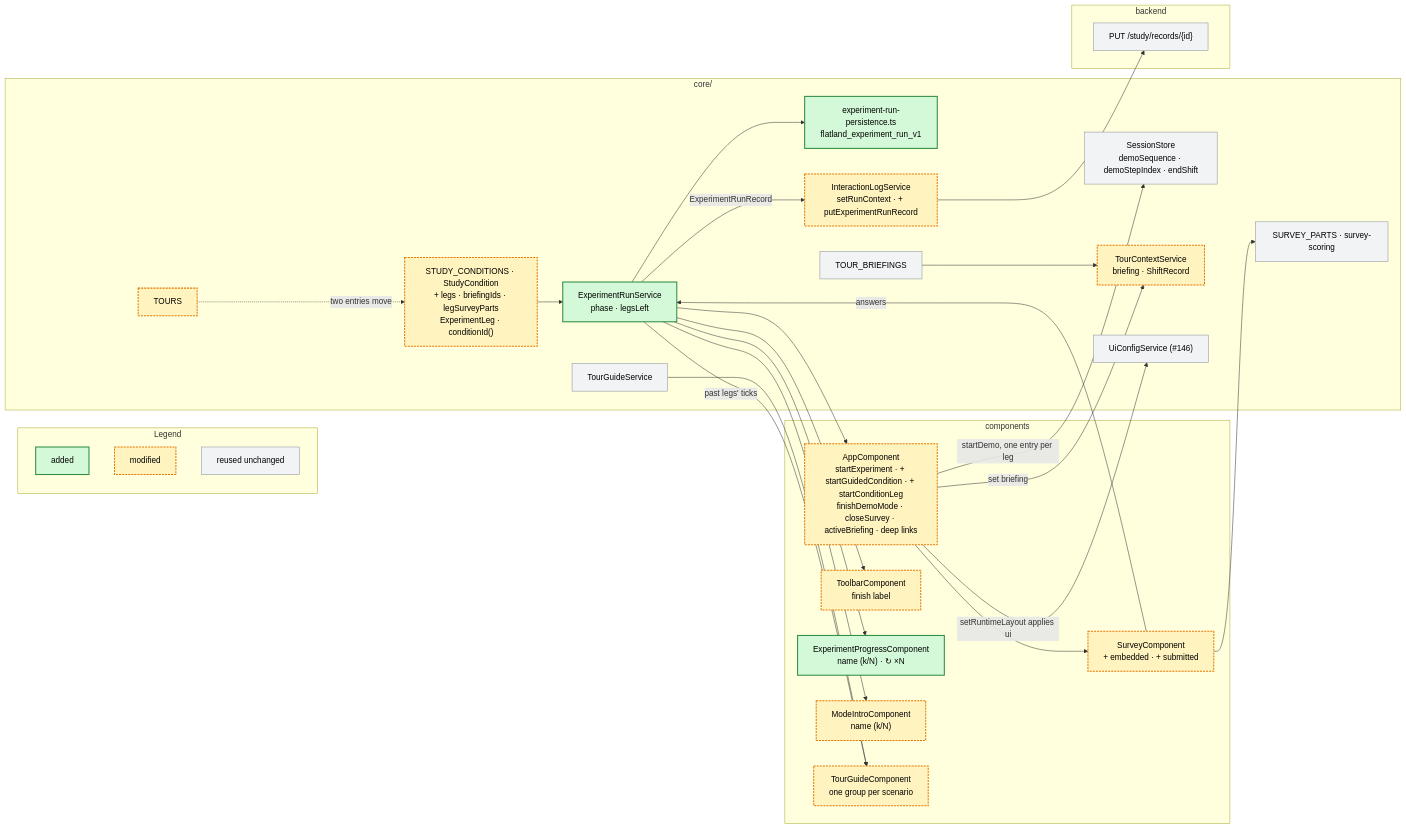
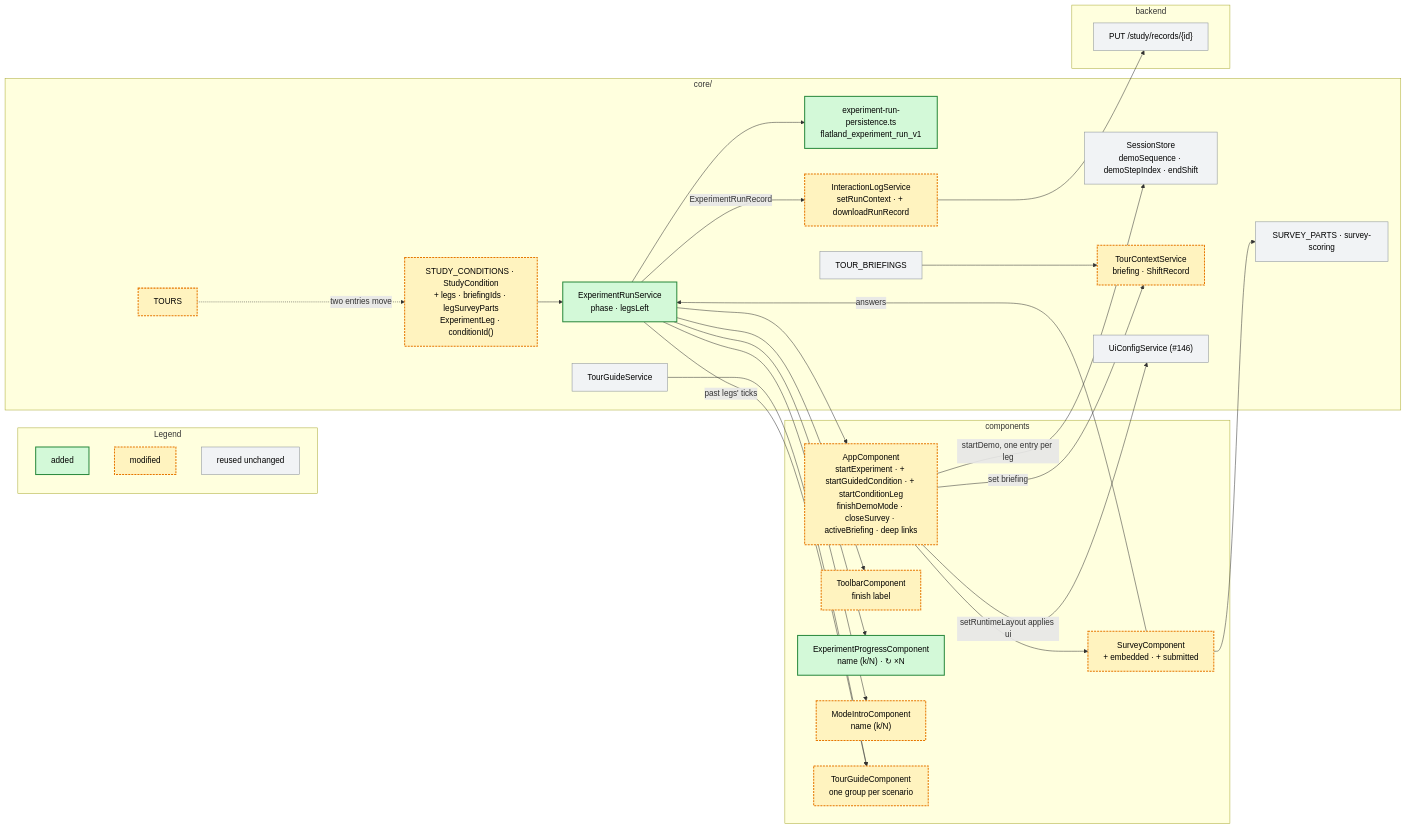
Before and after one commit to flatland-association/flatland-ui-hub: the third of 3 diagrams in docs/plans/experiment-workflow.md, drawn with Mermaid. The commit also changed other lines of this file and 34 other files, not shown here.

````diff
--- a/docs/plans/experiment-workflow.md
+++ b/docs/plans/experiment-workflow.md
@@ -578,77 +578,77 @@
 ```mermaid
 flowchart LR
   subgraph legend [Legend]
     direction TB
     LA[added]
     LM[modified]
     LU[reused unchanged]
   end
 
   subgraph core [core/]
     Cond["STUDY_CONDITIONS · StudyCondition<br/>+ legs · briefingIds · legSurveyParts<br/>ExperimentLeg · conditionId()"]
     Run["ExperimentRunService<br/>phase · legsLeft"]
     Persist["experiment-run-persistence.ts<br/>flatland_experiment_run_v1"]
-    Log["InteractionLogService<br/>setRunContext · + putExperimentRunRecord"]
+    Log["InteractionLogService<br/>setRunContext · + downloadRunRecord"]
     Store["SessionStore<br/>demoSequence · demoStepIndex · endShift"]
     Ctx["TourContextService<br/>briefing · ShiftRecord"]
     Guide["TourGuideService"]
     Briefings["TOUR_BRIEFINGS"]
     Surveys["SURVEY_PARTS · survey-scoring"]
     UiCfg["UiConfigService (#146)"]
     Tours["TOURS"]
   end
 
   subgraph ui [components]
     App["AppComponent<br/>startExperiment · + startGuidedCondition · + startConditionLeg<br/>finishDemoMode · closeSurvey · activeBriefing · deep links"]
     Toolbar["ToolbarComponent<br/>finish label"]
     Progress["ExperimentProgressComponent<br/>name (k/N) · ↻ ×N"]
     Survey["SurveyComponent<br/>+ embedded · + submitted"]
     Intro["ModeIntroComponent<br/>name (k/N)"]
     GuideUi["TourGuideComponent<br/>one group per scenario"]
   end
 
   subgraph be [backend]
     Sink["PUT /study/records/{id}"]
   end
 
   Cond --> Run
   Run --> Persist
   Run --> App
   App -- startDemo, one entry per leg --> Store
   App -- set briefing --> Ctx
   App -- setRuntimeLayout applies ui --> UiCfg
   Run --> Progress
   Run --> Intro
   Run --> Toolbar
   Run -- past legs' ticks --> GuideUi
   Guide --> GuideUi
   Briefings --> Ctx
   App --> Survey
   Survey -- answers --> Run
   Survey --> Surveys
   Run -- ExperimentRunRecord --> Log
   Log --> Sink
   Tours -. two entries move .-> Cond
 
   style LA fill:#d3f9d8,stroke:#2b8a3e,stroke-width:2px,color:#000
   style LM fill:#fff3bf,stroke:#e67700,stroke-width:2px,stroke-dasharray:4 2,color:#000
   style LU fill:#f1f3f5,stroke:#868e96,color:#000
   style Cond fill:#fff3bf,stroke:#e67700,stroke-width:2px,stroke-dasharray:4 2,color:#000
   style Run fill:#d3f9d8,stroke:#2b8a3e,stroke-width:2px,color:#000
   style Persist fill:#d3f9d8,stroke:#2b8a3e,stroke-width:2px,color:#000
   style Log fill:#fff3bf,stroke:#e67700,stroke-width:2px,stroke-dasharray:4 2,color:#000
   style Store fill:#f1f3f5,stroke:#868e96,color:#000
   style Ctx fill:#fff3bf,stroke:#e67700,stroke-width:2px,stroke-dasharray:4 2,color:#000
   style Guide fill:#f1f3f5,stroke:#868e96,color:#000
   style Briefings fill:#f1f3f5,stroke:#868e96,color:#000
   style Surveys fill:#f1f3f5,stroke:#868e96,color:#000
   style UiCfg fill:#f1f3f5,stroke:#868e96,color:#000
   style Tours fill:#fff3bf,stroke:#e67700,stroke-width:2px,stroke-dasharray:4 2,color:#000
   style App fill:#fff3bf,stroke:#e67700,stroke-width:2px,stroke-dasharray:4 2,color:#000
   style Toolbar fill:#fff3bf,stroke:#e67700,stroke-width:2px,stroke-dasharray:4 2,color:#000
   style Progress fill:#d3f9d8,stroke:#2b8a3e,stroke-width:2px,color:#000
   style Survey fill:#fff3bf,stroke:#e67700,stroke-width:2px,stroke-dasharray:4 2,color:#000
   style Intro fill:#fff3bf,stroke:#e67700,stroke-width:2px,stroke-dasharray:4 2,color:#000
   style GuideUi fill:#fff3bf,stroke:#e67700,stroke-width:2px,stroke-dasharray:4 2,color:#000
   style Sink fill:#f1f3f5,stroke:#868e96,color:#000
 ```
````
